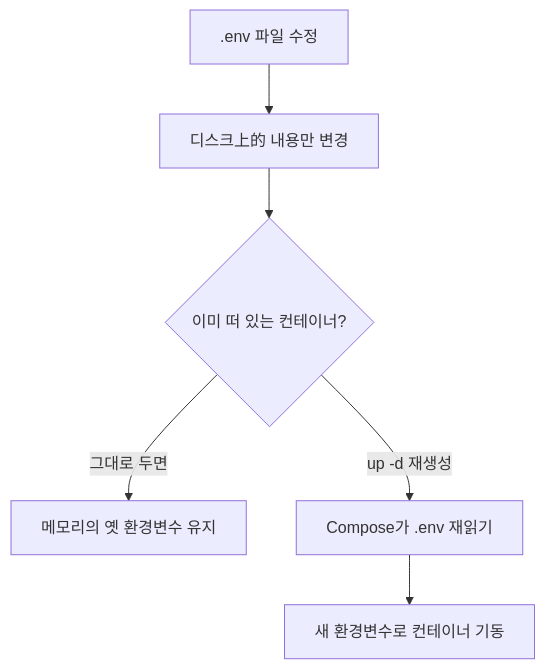
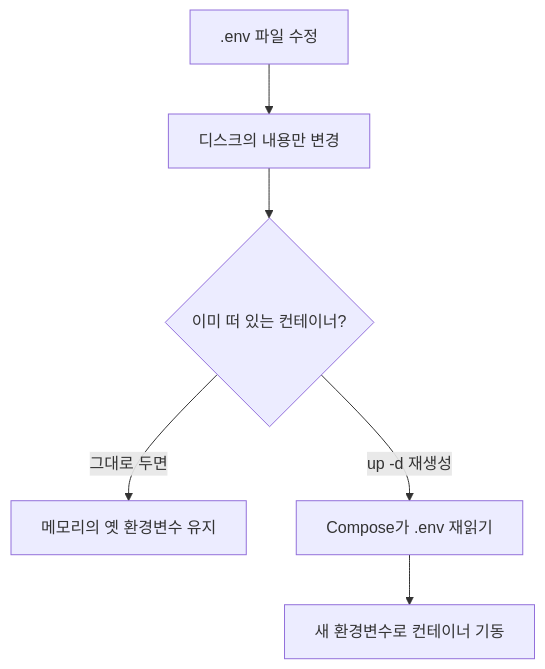
The fourth of 4 diagrams in docs/env-flow.md (SpartaValueHub/ValueHub-AWS-Infra), drawn with Mermaid before and after one commit. The commit also changed other lines of this file, not shown here.

Commit message:
Fix Mermaid diagrams for GitHub renderer by avoiding curly braces.

````diff
--- a/docs/env-flow.md
+++ b/docs/env-flow.md
@@ -113,8 +113,8 @@
 ```mermaid
 flowchart TD
-  A[.env 파일 수정] --> B[디스크上的 내용만 변경]
+  A[.env 파일 수정] --> B[디스크의 내용만 변경]
   B --> C{이미 떠 있는 컨테이너?}
   C -->|그대로 두면| D[메모리의 옛 환경변수 유지]
   C -->|up -d 재생성| E[Compose가 .env 재읽기]
   E --> F[새 환경변수로 컨테이너 기동]
 ```
````
